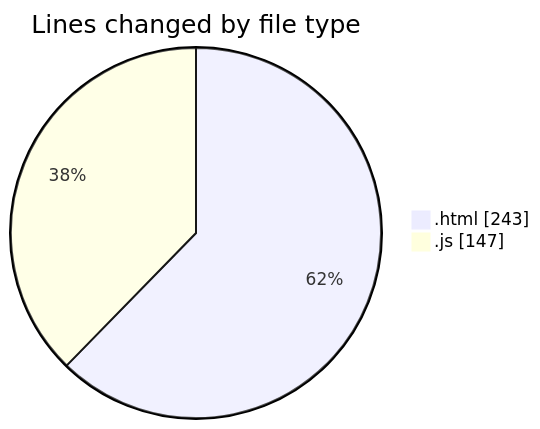
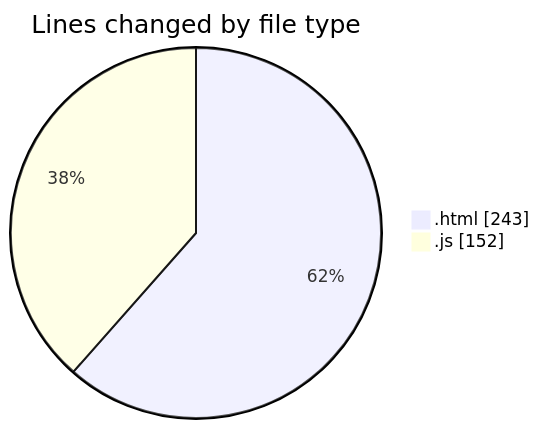
The first of 2 diagrams in 2026-02-19/bot_v1_2/README.md (becaeroporto-bot/code-tracking), drawn with Mermaid before and after one commit. The commit also changed other lines of this file and 1 other file, not shown here.

````diff
--- a/2026-02-19/bot_v1_2/README.md
+++ b/2026-02-19/bot_v1_2/README.md
@@ -25,6 +25,6 @@
 ```mermaid
 pie showData
 title Lines changed by file type
 ".html" : 243
-".js" : 147
+".js" : 152
 ```
````
